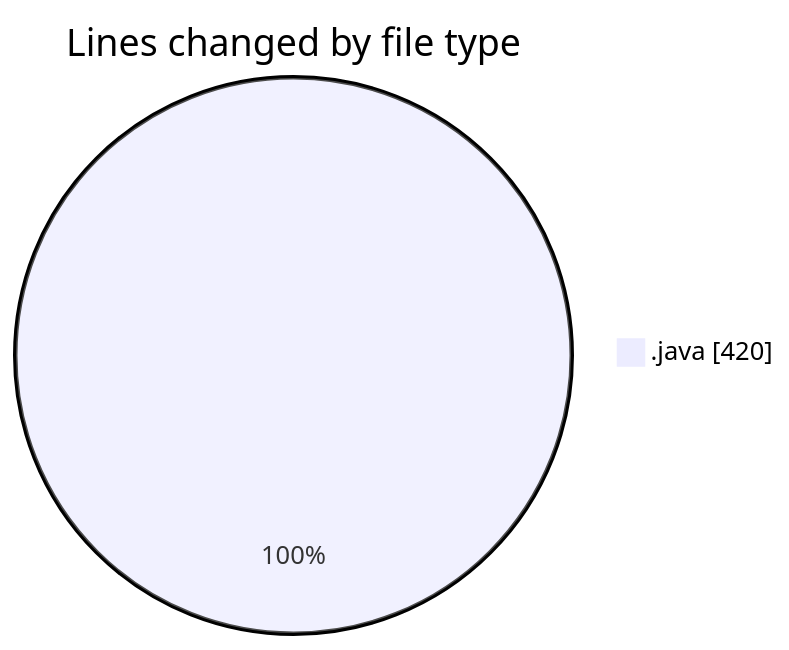
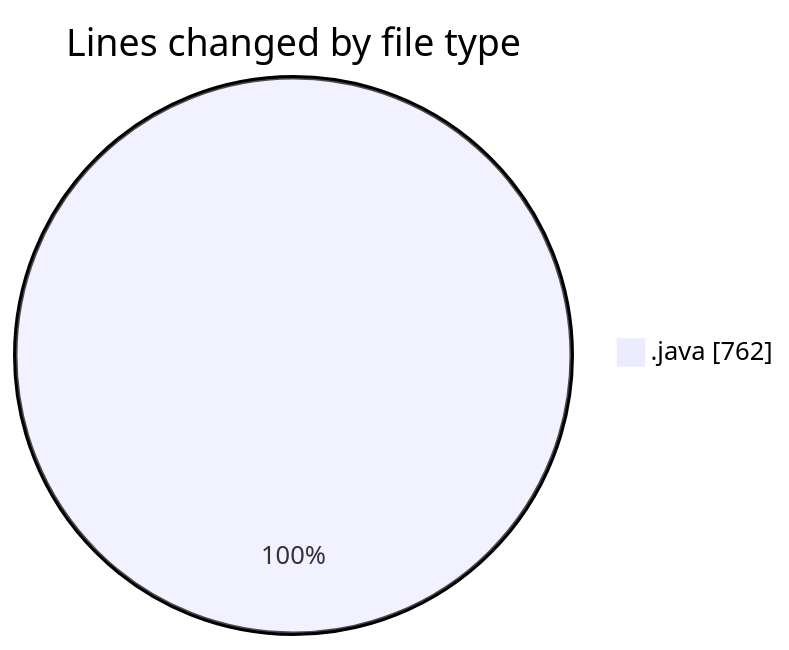
The first of 2 diagrams in 2026-02-26/cilapp/README.md (ricardozamudiocil/code-tracking), drawn with Mermaid before and after one commit. The commit also changed other lines of this file and 1 other file, not shown here.

````diff
--- a/2026-02-26/cilapp/README.md
+++ b/2026-02-26/cilapp/README.md
@@ -22,5 +23,5 @@
 ```mermaid
 pie showData
 title Lines changed by file type
-".java" : 420
+".java" : 762
 ```
````
